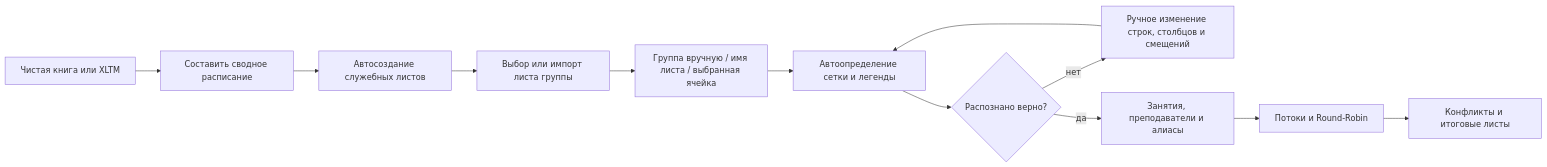
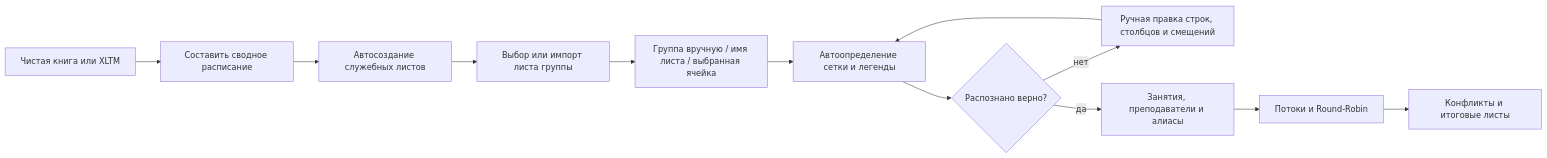
Before and after one commit to f2re/excel_helper: the diagram in README.md, drawn with Mermaid. The commit also changed other lines of this file and 26 other files, not shown here.

````diff
--- a/README.md
+++ b/README.md
@@ -76,14 +136,14 @@
 ```mermaid
 flowchart LR
     A[Чистая книга или XLTM] --> B[Составить сводное расписание]
     B --> C[Автосоздание служебных листов]
     C --> D[Выбор или импорт листа группы]
     D --> E[Группа вручную / имя листа / выбранная ячейка]
     E --> F[Автоопределение сетки и легенды]
     F --> G{Распознано верно?}
-    G -- нет --> H[Ручное изменение строк, столбцов и смещений]
+    G -- нет --> H[Ручная правка строк, столбцов и смещений]
     H --> F
     G -- да --> I[Занятия, преподаватели и алиасы]
     I --> J[Потоки и Round-Robin]
     J --> K[Конфликты и итоговые листы]
 ```
````
